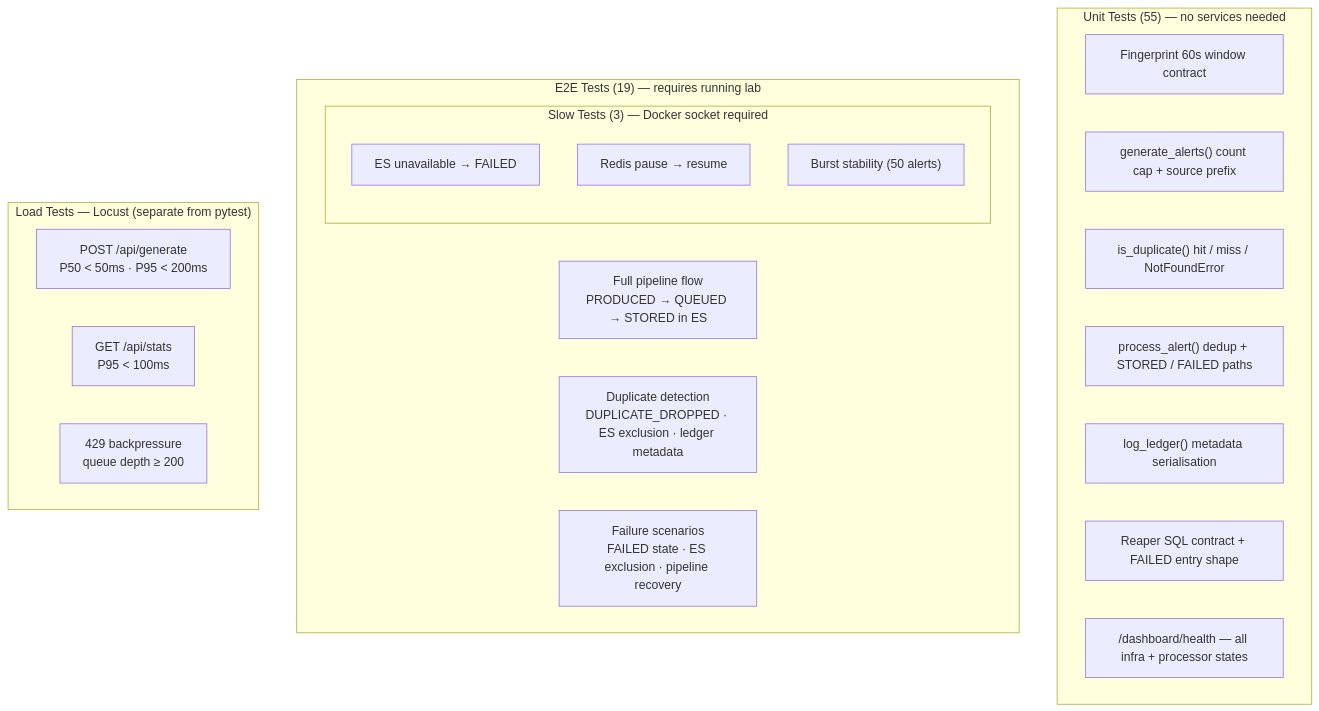
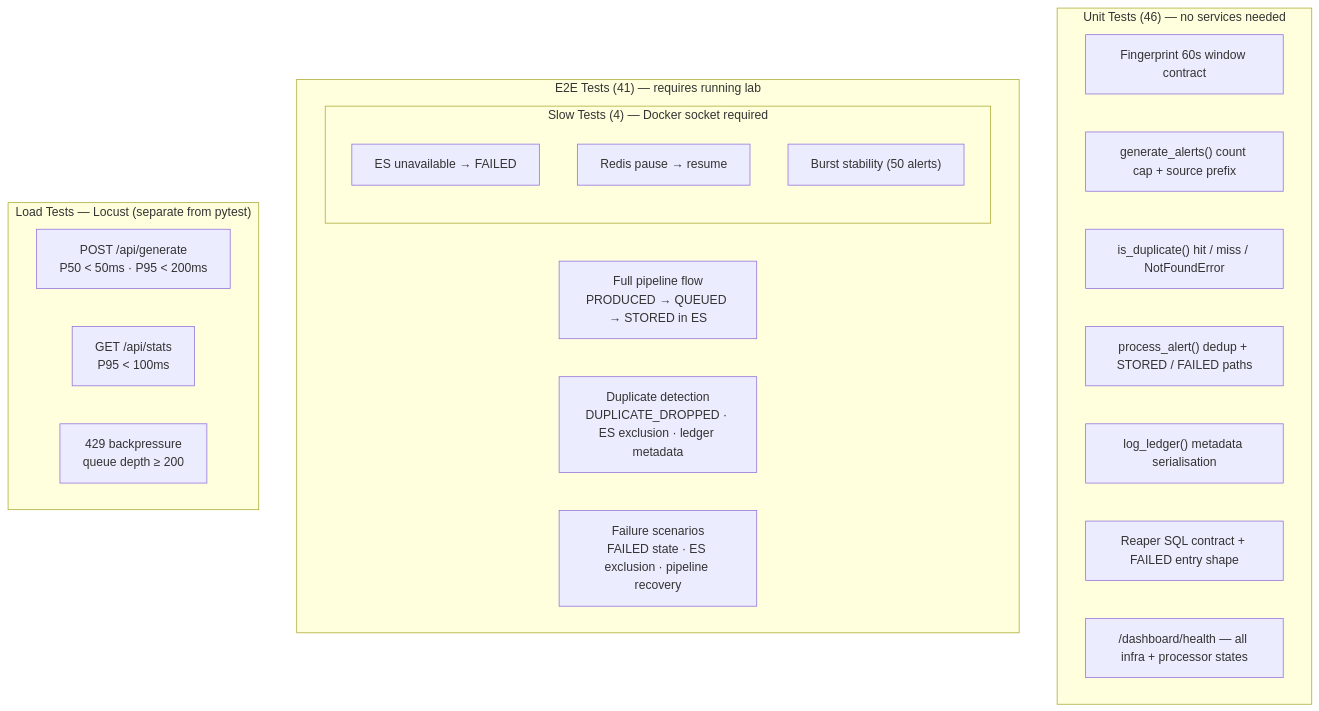
One commit to rahulgoel527/alert-pipeline-validation changed the third of 3 diagrams in README.md. Above: the diagram before and after it, drawn with Mermaid. The commit also changed 2 other files, not shown here.

Commit message:
refactor(tests): rebuild test_unit_reaper — replace hollow helper tests with real reaper_loop() calls

````diff
--- a/README.md
+++ b/README.md
@@ -109,29 +109,29 @@
 ```mermaid
 flowchart TD
-    subgraph unit["Unit Tests (55) — no services needed"]
+    subgraph unit["Unit Tests (46) — no services needed"]
         U1["Fingerprint 60s window contract"]
         U2["generate_alerts() count cap + source prefix"]
         U3["is_duplicate() hit / miss / NotFoundError"]
         U4["process_alert() dedup + STORED / FAILED paths"]
         U5["log_ledger() metadata serialisation"]
         U6["Reaper SQL contract + FAILED entry shape"]
         U7["/dashboard/health — all infra + processor states"]
     end
 
-    subgraph e2e["E2E Tests (19) — requires running lab"]
+    subgraph e2e["E2E Tests (41) — requires running lab"]
         E1["Full pipeline flow\nPRODUCED → QUEUED → STORED in ES"]
         E2["Duplicate detection\nDUPLICATE_DROPPED · ES exclusion · ledger metadata"]
         E3["Failure scenarios\nFAILED state · ES exclusion · pipeline recovery"]
-        subgraph slow["Slow Tests (3) — Docker socket required"]
+        subgraph slow["Slow Tests (4) — Docker socket required"]
             S1["ES unavailable → FAILED"]
             S2["Redis pause → resume"]
             S3["Burst stability (50 alerts)"]
         end
     end
 
     subgraph load["Load Tests — Locust (separate from pytest)"]
         L1["POST /api/generate\nP50 < 50ms · P95 < 200ms"]
         L2["GET /api/stats\nP95 < 100ms"]
         L3["429 backpressure\nqueue depth ≥ 200"]
     end
 ```
````
